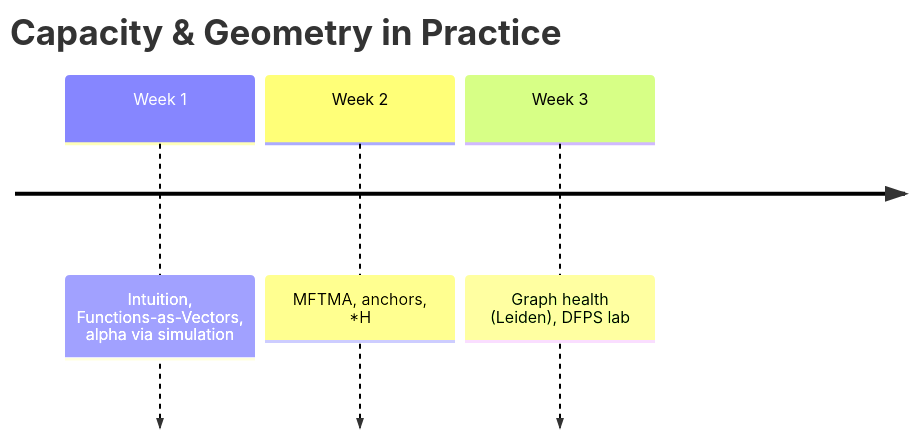
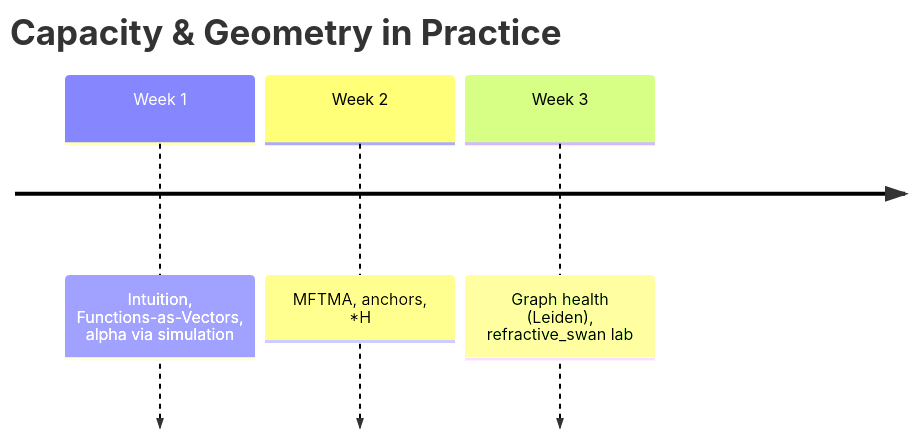
One commit to RefractiveSwan/monobase changed the diagram in docs/reference-terminology/manifold-clinical_ontology/bundles/Academic_Bundle.md. Above: the diagram before and after it, drawn with Mermaid. The commit also changed 337 other files, not shown here.

Commit message:
Changed everything to reflect current architecture

````diff
--- a/docs/reference-terminology/manifold-clinical_ontology/bundles/Academic_Bundle.md
+++ b/docs/reference-terminology/manifold-clinical_ontology/bundles/Academic_Bundle.md
@@ -9,7 +9,7 @@
 ```mermaid
 timeline
   title Capacity & Geometry in Practice
   Week 1 : Intuition, Functions-as-Vectors, alpha via simulation
   Week 2 : MFTMA, anchors, *H
-  Week 3 : Graph health (Leiden), DFPS lab
+  Week 3 : Graph health (Leiden), refractive_swan lab
 ```
````
